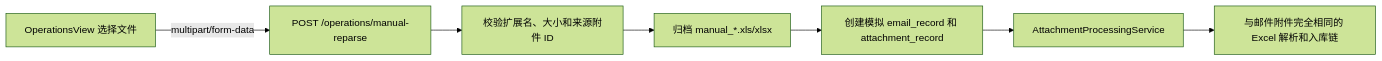
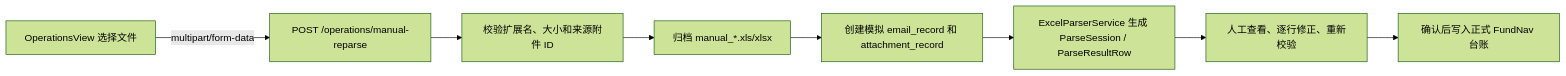
The second of 4 diagrams in README.md (720520/Email), drawn with Mermaid (forest theme) before and after one commit. The commit also changed other lines of this file and 49 other files, not shown here.

````diff
--- a/README.md
+++ b/README.md
@@ -1307,9 +1325,10 @@
 ```mermaid
 flowchart LR
     A["OperationsView 选择文件"] -->|"multipart/form-data"| B["POST /operations/manual-reparse"]
     B --> C["校验扩展名、大小和来源附件 ID"]
     C --> D["归档 manual_*.xls/xlsx"]
     D --> E["创建模拟 email_record 和 attachment_record"]
-    E --> F["AttachmentProcessingService"]
-    F --> G["与邮件附件完全相同的 Excel 解析和入库链"]
+    E --> F["ExcelParserService 生成 ParseSession / ParseResultRow"]
+    F --> G["人工查看、逐行修正、重新校验"]
+    G --> H["确认后写入正式 FundNav 台账"]
 ```
````
